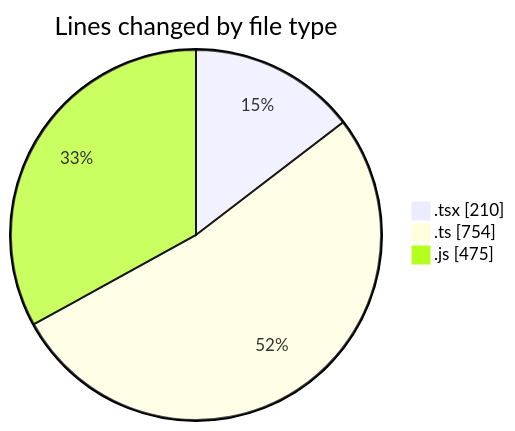
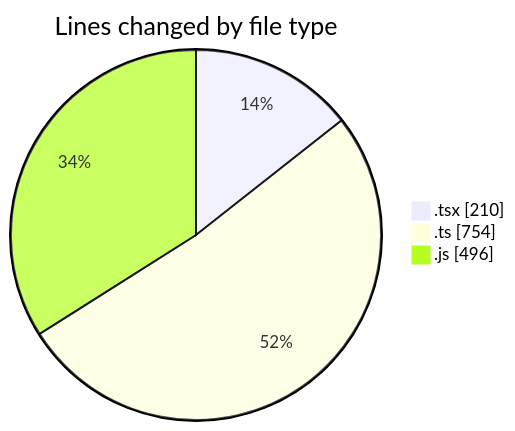
One commit to momahboobian/code-tracking changed the first of 2 diagrams in 2026-06-01/cda/README.md. Above: the diagram before and after it, drawn with Mermaid. The commit also changed other lines of this file and 1 other file, not shown here.

````diff
--- a/2026-06-01/cda/README.md
+++ b/2026-06-01/cda/README.md
@@ -34,7 +35,7 @@
 ```mermaid
 pie showData
 title Lines changed by file type
 ".tsx" : 210
 ".ts" : 754
-".js" : 475
+".js" : 496
 ```
````
